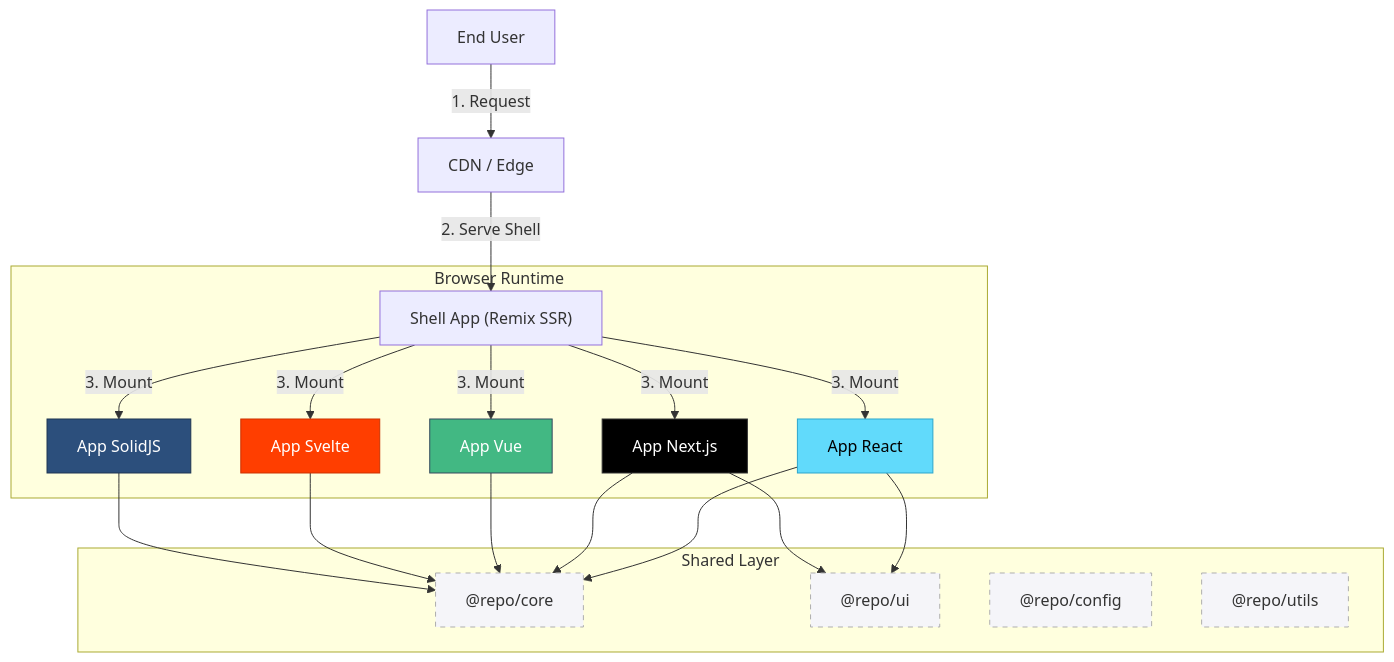
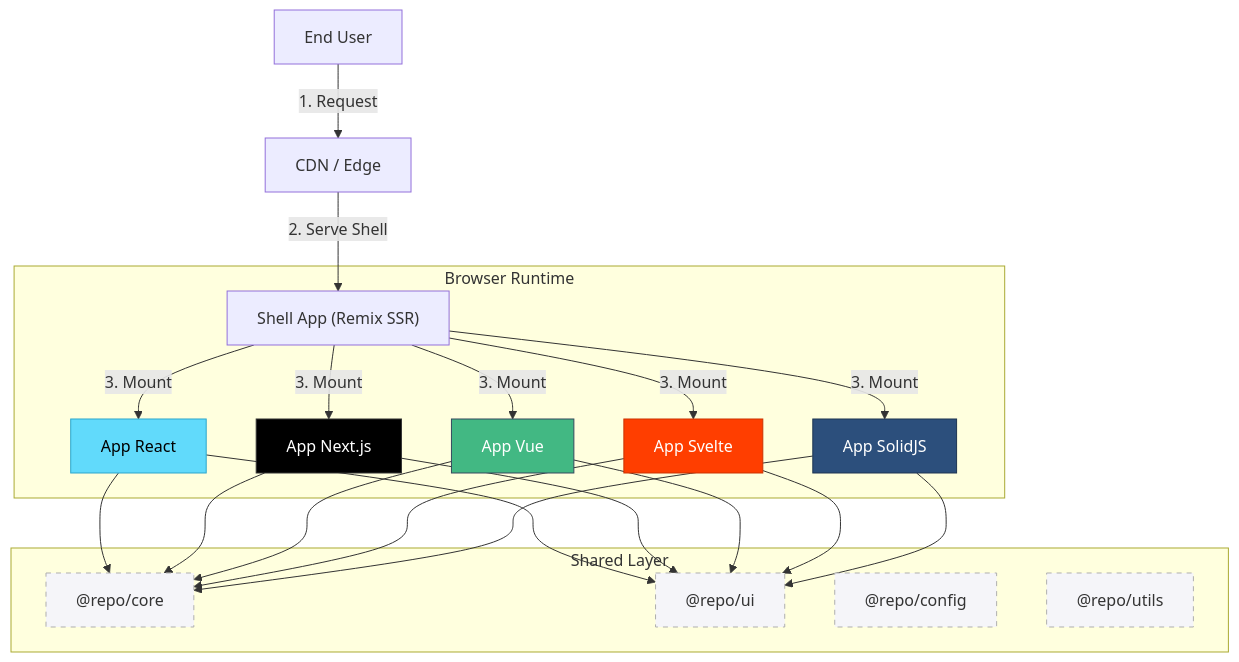
One commit to tian972k/micro-fontend-base changed the first of 4 diagrams in docs/ARCHITECTURE.md. Above: the diagram before and after it, drawn with Mermaid. The commit also changed other lines of this file and 4 other files, not shown here.

Commit message:
docs: update architecture documentation and remove duplicate content

````diff
--- a/docs/ARCHITECTURE.md
+++ b/docs/ARCHITECTURE.md
@@ -26,33 +26,33 @@
 ```mermaid
 flowchart TD
     User["End User"] -->|1. Request| CDN["CDN / Edge"]
     CDN -->|2. Serve Shell| Shell["Shell App (Remix SSR)"]
 
     subgraph "Browser Runtime"
         Shell -->|3. Mount| React["App React"]:::react
         Shell -->|3. Mount| Next["App Next.js"]:::next
         Shell -->|3. Mount| Vue["App Vue"]:::vue
         Shell -->|3. Mount| Svelte["App Svelte"]:::svelte
         Shell -->|3. Mount| Solid["App SolidJS"]:::solid
     end
 
     subgraph "Shared Layer"
         Core["@repo/core"]:::shared
         UI["@repo/ui"]:::shared
         Config["@repo/config"]:::shared
         Utils["@repo/utils"]:::shared
     end
 
     React --> Core & UI
     Next --> Core & UI
-    Vue --> Core
-    Svelte --> Core
-    Solid --> Core
+    Vue --> Core & UI
+    Svelte --> Core & UI
+    Solid --> Core & UI
 
     classDef react fill:#61dafb,color:#000,stroke:#2da6cc
     classDef next fill:#000000,color:#fff,stroke:#333
     classDef vue fill:#42b883,color:#fff,stroke:#35495e
     classDef svelte fill:#ff3e00,color:#fff,stroke:#cc3200
     classDef solid fill:#2c4f7c,color:#fff,stroke:#1e3552
     classDef shared fill:#f5f5f9,color:#333,stroke:#aeaeae,stroke-dasharray: 5 5
 ```
````
